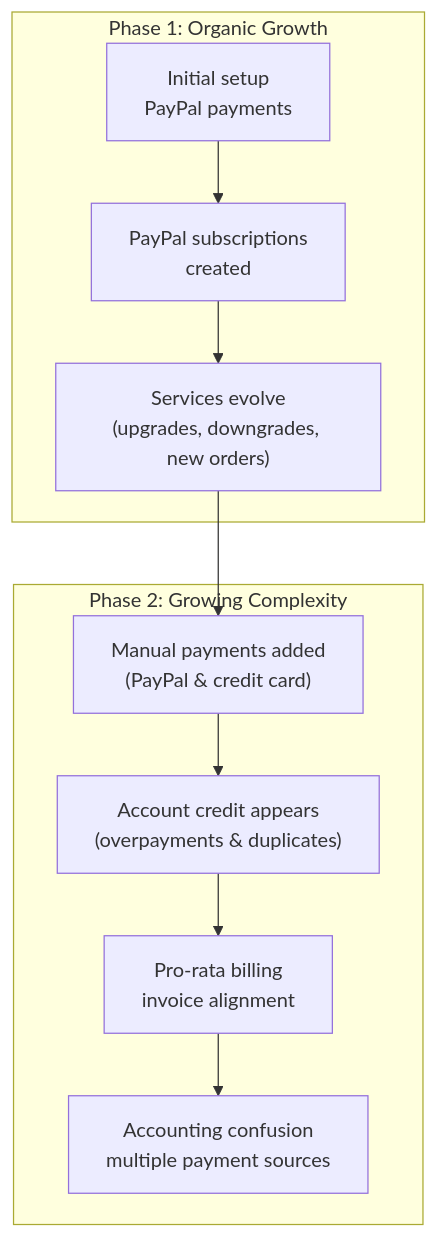
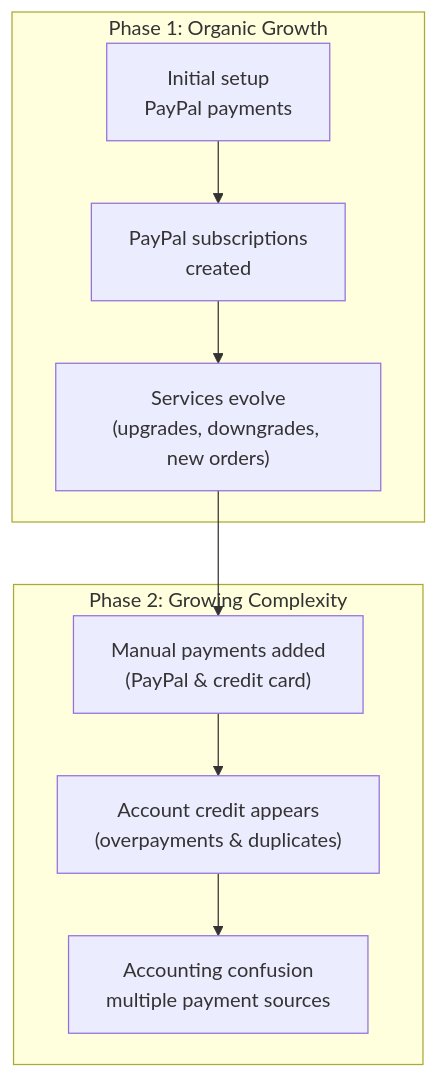
Before and after one commit to gExPl0ReR/docs: the diagram in faq/billing-lifecycle/billing-transitions.mdx, drawn with Mermaid. The commit also changed other lines of this file, not shown here.

Commit message:
Documentation edits made through Mintlify web editor

````diff
--- a/faq/billing-lifecycle/billing-transitions.mdx
+++ b/faq/billing-lifecycle/billing-transitions.mdx
@@ -28,21 +27,20 @@
 ```mermaid
 flowchart TD
   subgraph Phase1["Phase 1: Organic Growth"]
     A["Initial setup<br/>PayPal payments"]
     B["PayPal subscriptions<br/>created"]
     C["Services evolve<br/>(upgrades, downgrades, new orders)"]
 
     A --> B --> C
   end
 
   subgraph Phase2["Phase 2: Growing Complexity"]
     D["Manual payments added<br/>(PayPal & credit card)"]
     E["Account credit appears<br/>(overpayments & duplicates)"]
-    F["Pro-rata billing<br/>invoice alignment"]
-    G["Accounting confusion<br/>multiple payment sources"]
+    F["Accounting confusion<br/>multiple payment sources"]
 
-    D --> E --> F --> G
+    D --> E --> F
   end
 
   C --> D
 ```
````
